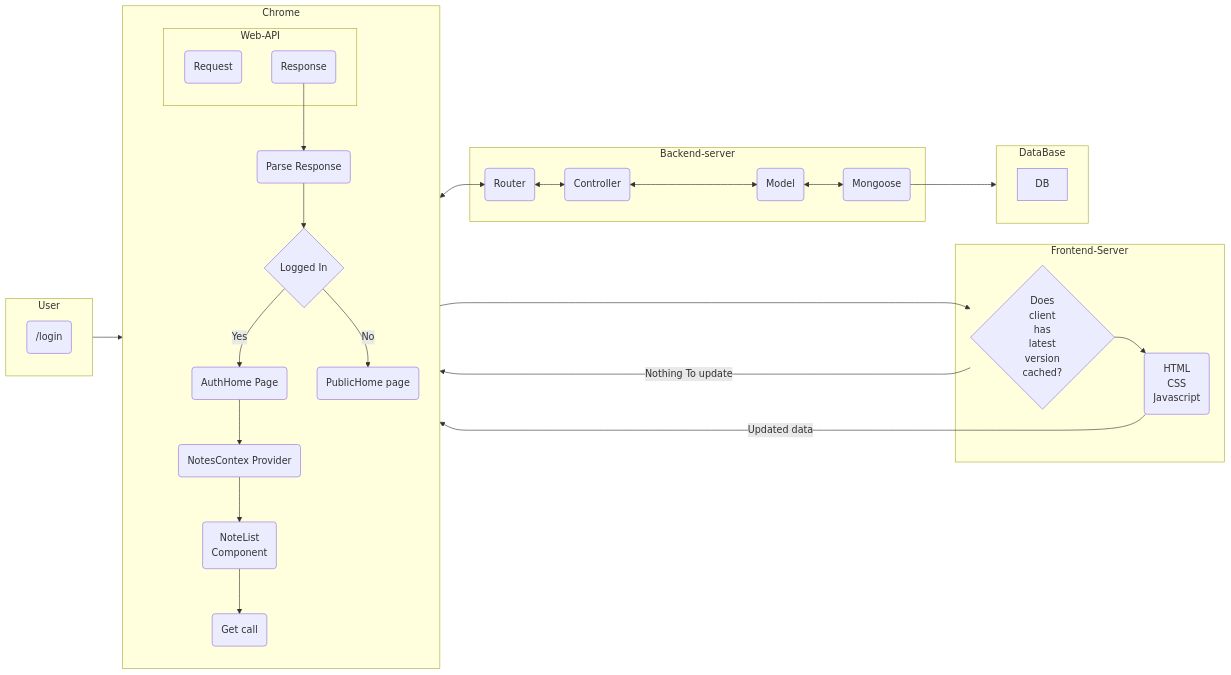
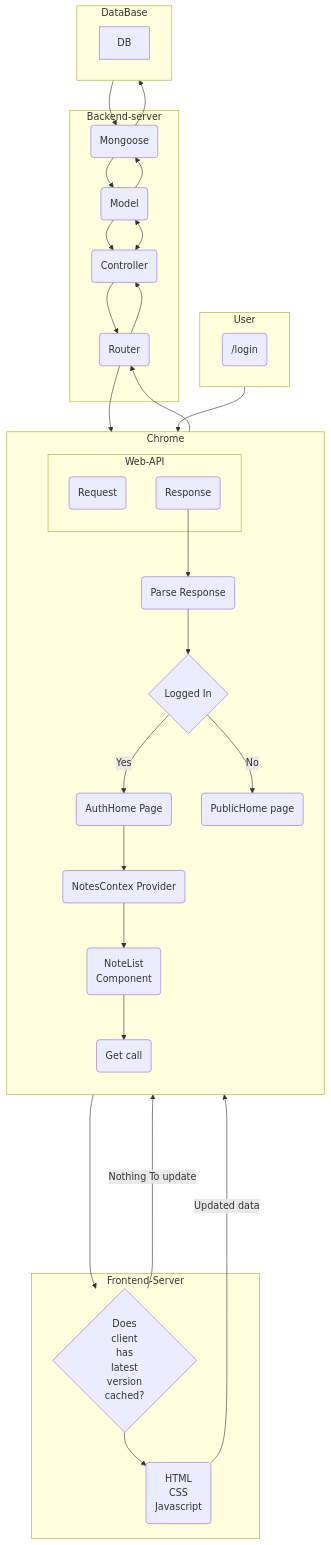
Before and after one commit to salonikumawat28/notes_management_app: the second of 2 diagrams in README.md, drawn with Mermaid.

````diff
--- a/README.md
+++ b/README.md
@@ -309,45 +309,50 @@
 ```mermaid
-flowchart LR
+graph TB
     subgraph User
     U(/login)
     end
     User --> Web-API
     subgraph Chrome
         direction TB
         subgraph Web-API
         Re(Request)
         Res(Response)
         end
         Res --> Pr(Parse Response) 
         Pr --> L{Logged In}
         L -->|Yes| AH(AuthHome Page)
         L -->|No| PH(PublicHome page)
         AH --> NC(NotesContex Provider)
         NC --> NL(NoteList 
                 Component) --> G(Get call)
     end
     subgraph Frontend-Server
         Has{Does 
             client 
             has 
             latest 
             version 
             cached?}
         HCJ(HTML
             CSS
             Javascript)
     end
     subgraph Backend-server
-        R(Router) <--> Co(Controller)
+        R(Router) --> Co(Controller)
+        Co --> R
         Co <--> M(Model)
-        M <--> Mo(Mongoose)
+        M --> Co
+        M --> Mo(Mongoose)
+        Mo --> M
     end
     subgraph DataBase
         DB
     end
     Re-->Has
     Has --Nothing To update------> Res
     Has --> HCJ --Updated data--> Res
     Mo --> DataBase
-    G <--> R
+    DataBase --> Mo
+    G --> R
+    R --> G
 ```
````
